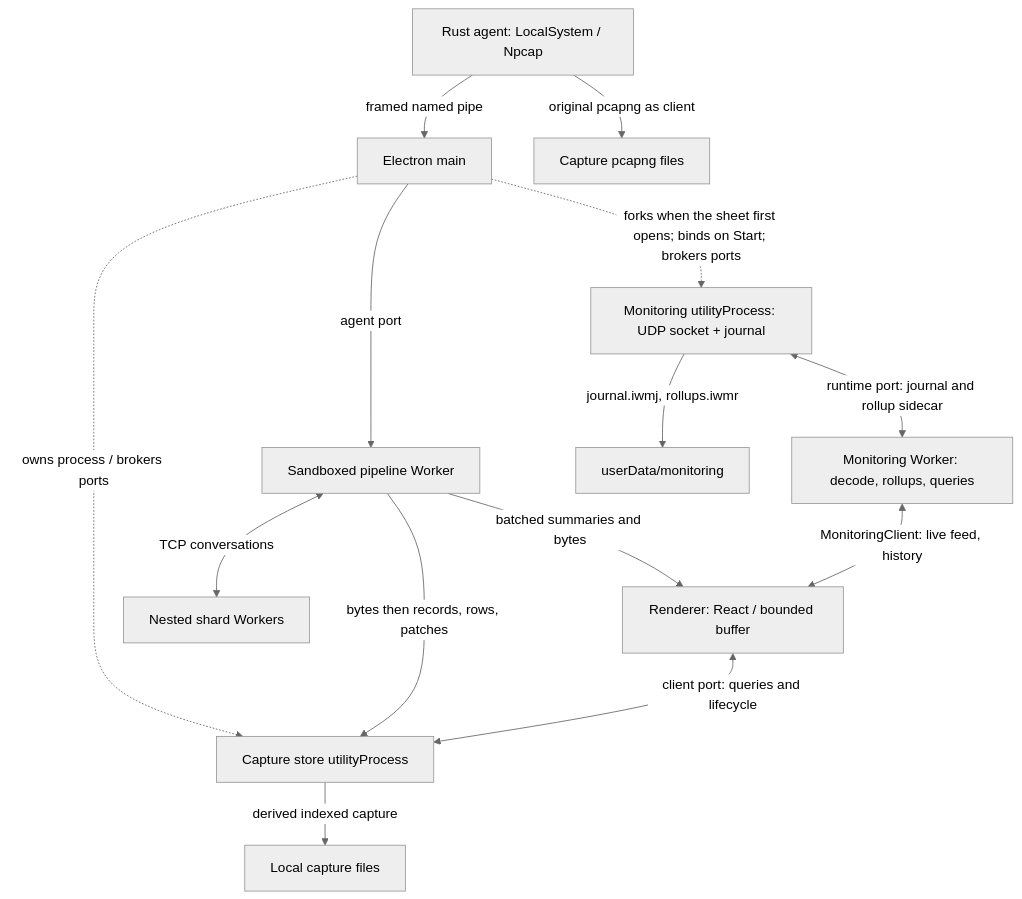
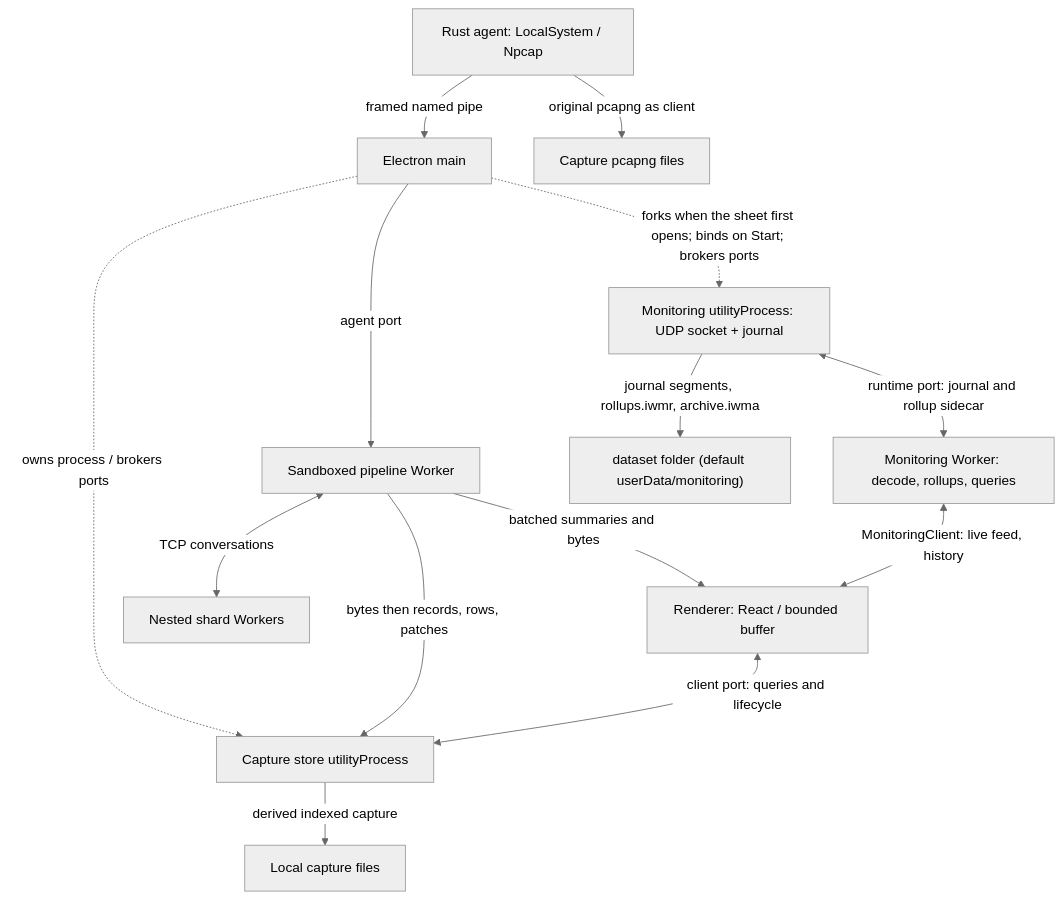
Before and after one commit to Doofess/Inwire: the diagram in docs/architecture.md, drawn with Mermaid (neutral theme). The commit also changed other lines of this file and 23 other files, not shown here.

````diff
--- a/docs/architecture.md
+++ b/docs/architecture.md
@@ -18,16 +18,16 @@
 ```mermaid
 flowchart TD
   agent["Rust agent: LocalSystem / Npcap"] -->|framed named pipe| main["Electron main"]
   agent -->|original pcapng as client| original["Capture pcapng files"]
   main -->|agent port| pipeline["Sandboxed pipeline Worker"]
   main -.->|owns process / brokers ports| store["Capture store utilityProcess"]
   pipeline -->|bytes then records, rows, patches| store
   pipeline -->|batched summaries and bytes| ui["Renderer: React / bounded buffer"]
   ui <-->|client port: queries and lifecycle| store
   pipeline <-->|TCP conversations| shards["Nested shard Workers"]
   store -->|derived indexed capture| disk["Local capture files"]
   main -.->|forks when the sheet first opens; binds on Start; brokers ports| mon["Monitoring utilityProcess: UDP socket + journal"]
   mon <-->|runtime port: journal and rollup sidecar| mw["Monitoring Worker: decode, rollups, queries"]
   mw <-->|MonitoringClient: live feed, history| ui
-  mon -->|journal.iwmj, rollups.iwmr| mdisk["userData/monitoring"]
+  mon -->|journal segments, rollups.iwmr, archive.iwma| mdisk["dataset folder (default userData/monitoring)"]
 ```
````
